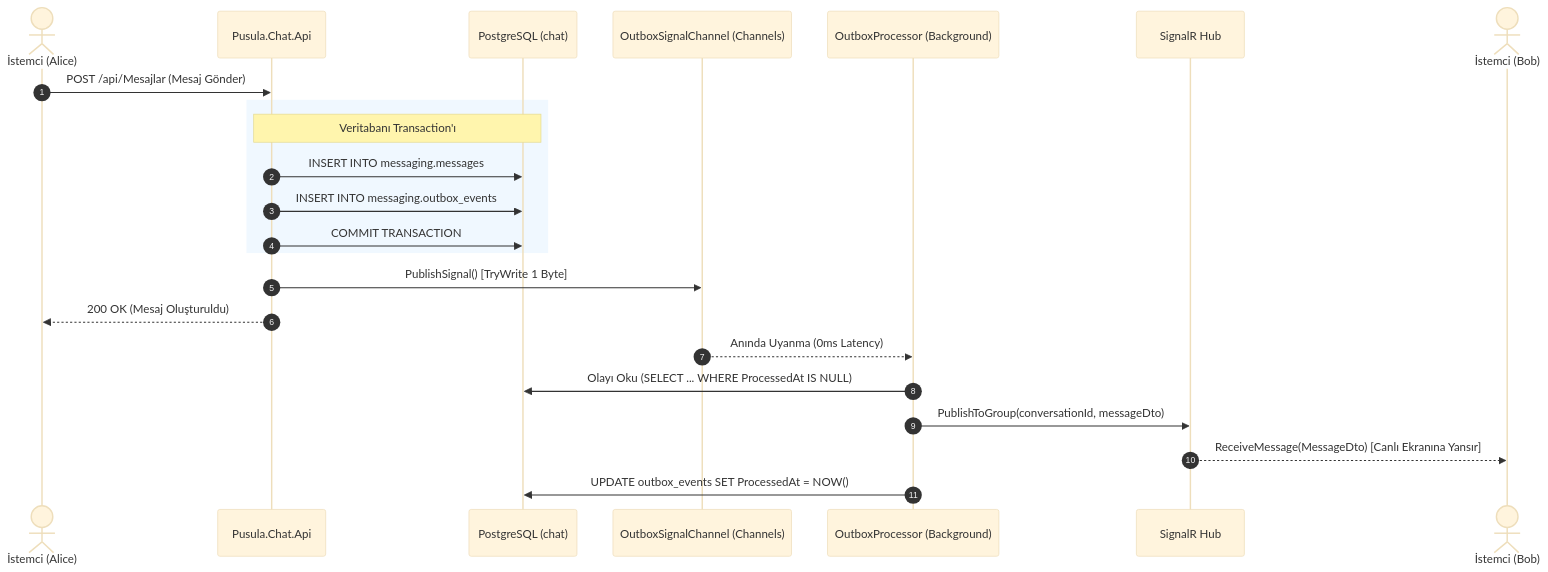
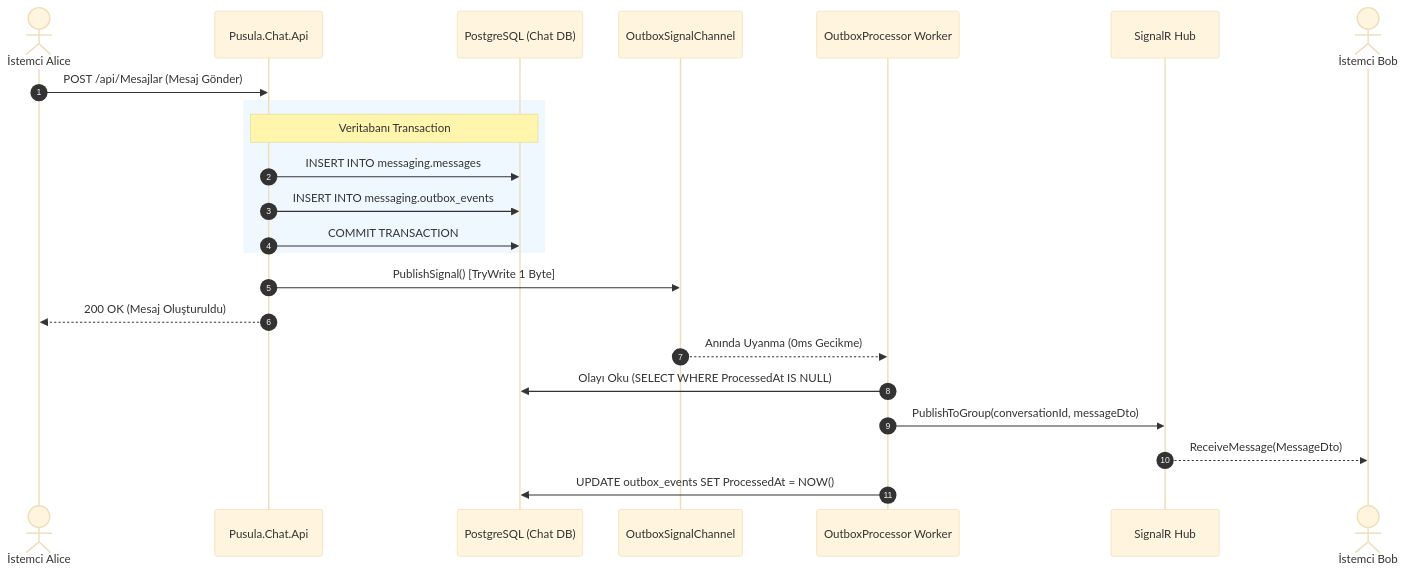
One commit to furkanaras0/TRT_Pusula changed the third of 4 diagrams in README.md. Above: the diagram before and after it, drawn with Mermaid (base theme). The commit also changed other lines of this file, not shown here.

First line of the commit message:
Refactor mermaid diagrams for better clarity

````diff
--- a/README.md
+++ b/README.md
@@ -251,26 +253,26 @@
 ```mermaid
 sequenceDiagram
     autonumber
-    actor Alice as İstemci (Alice)
+    actor Alice as İstemci Alice
     participant API as Pusula.Chat.Api
-    participant DB as PostgreSQL (chat)
-    participant Channel as OutboxSignalChannel (Channels)
-    participant Worker as OutboxProcessor (Background)
+    participant DB as PostgreSQL (Chat DB)
+    participant Channel as OutboxSignalChannel
+    participant Worker as OutboxProcessor Worker
     participant Hub as SignalR Hub
-    actor Bob as İstemci (Bob)
+    actor Bob as İstemci Bob
 
     Alice->>API: POST /api/Mesajlar (Mesaj Gönder)
     rect rgb(240, 248, 255)
-        Note over API,DB: Veritabanı Transaction'ı
+        Note over API,DB: Veritabanı Transaction
         API->>DB: INSERT INTO messaging.messages
         API->>DB: INSERT INTO messaging.outbox_events
         API->>DB: COMMIT TRANSACTION
     end
     API->>Channel: PublishSignal() [TryWrite 1 Byte]
     API-->>Alice: 200 OK (Mesaj Oluşturuldu)
-    Channel-->>Worker: Anında Uyanma (0ms Latency)
-    Worker->>DB: Olayı Oku (SELECT ... WHERE ProcessedAt IS NULL)
+    Channel-->>Worker: Anında Uyanma (0ms Gecikme)
+    Worker->>DB: Olayı Oku (SELECT WHERE ProcessedAt IS NULL)
     Worker->>Hub: PublishToGroup(conversationId, messageDto)
-    Hub-->>Bob: ReceiveMessage(MessageDto) [Canlı Ekranına Yansır]
+    Hub-->>Bob: ReceiveMessage(MessageDto)
     Worker->>DB: UPDATE outbox_events SET ProcessedAt = NOW()
 ```
````
